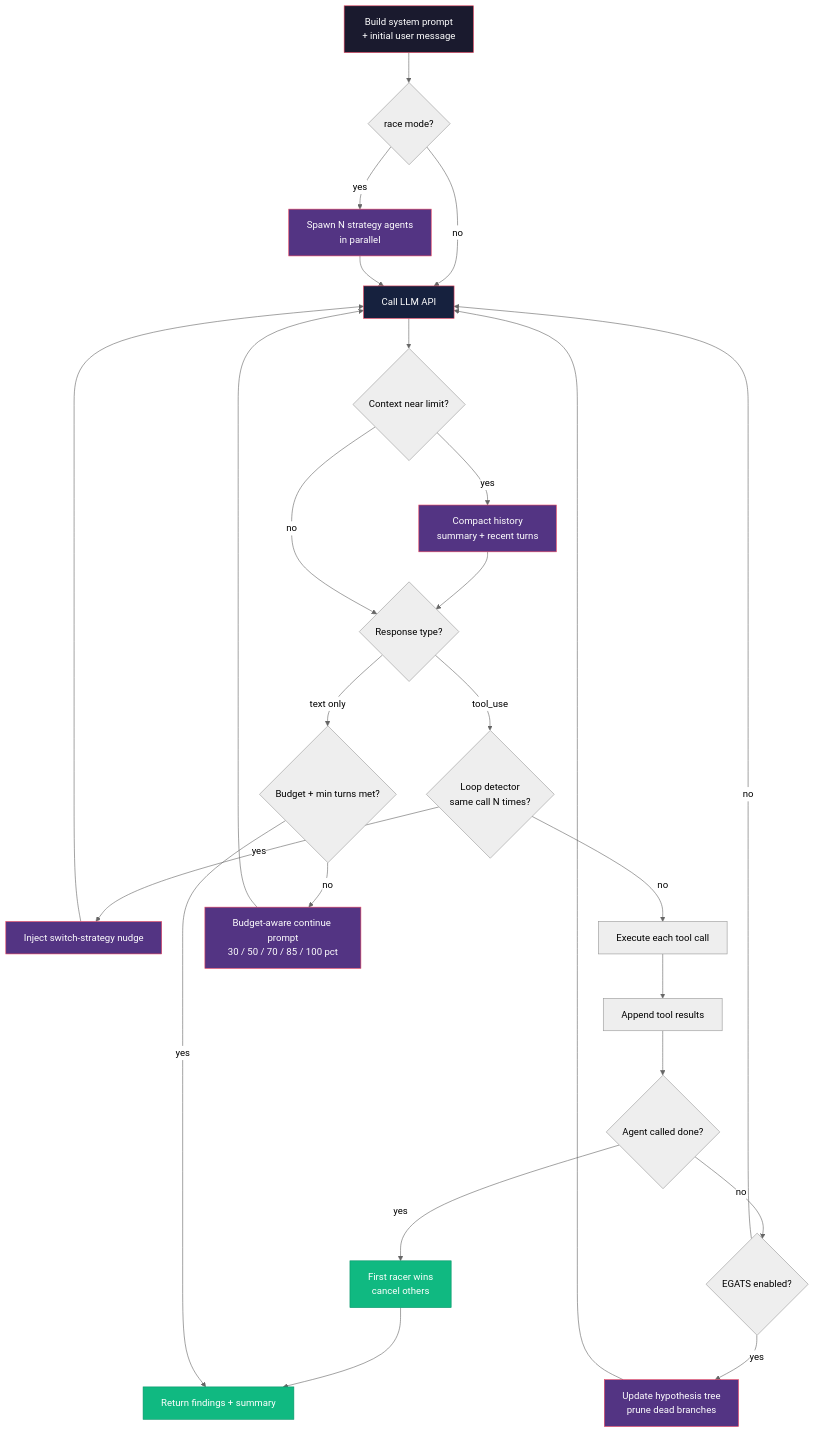
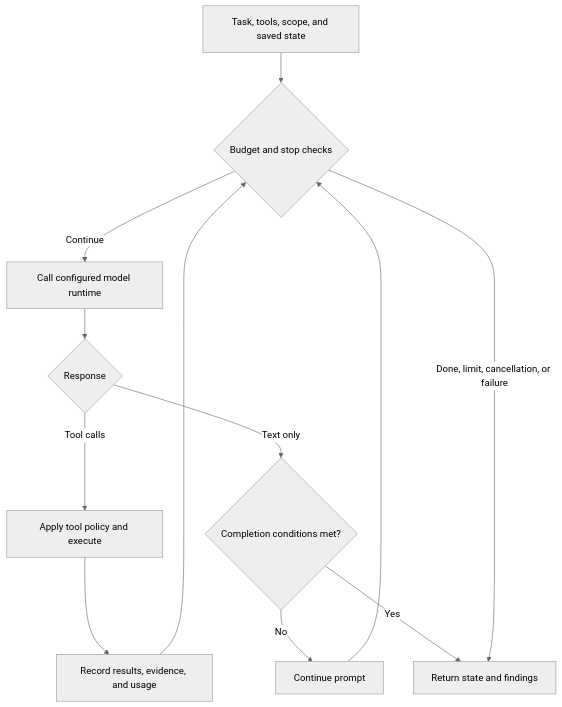
Before and after one commit to 0sec-labs/0sec: the diagram in docs/src/content/docs/agent-loop.md, drawn with Mermaid (neutral theme). The commit also changed other lines of this file and 38 other files, not shown here.

````diff
--- a/docs/src/content/docs/agent-loop.md
+++ b/docs/src/content/docs/agent-loop.md
@@ -16,37 +20,14 @@
 ```mermaid
 flowchart TD
-    A["Build system prompt\n+ initial user message"] --> RACE{"race mode?"}
-    RACE -->|yes| PAR["Spawn N strategy agents\nin parallel"]
-    RACE -->|no| B[Call LLM API]
-    PAR --> B
-    B --> CTX{Context near limit?}
-    CTX -->|yes| COMP["Compact history\nsummary + recent turns"]
-    COMP --> C{Response type?}
-    CTX -->|no| C
-    C -->|tool_use| LOOP{"Loop detector\nsame call N times?"}
-    LOOP -->|yes| NUDGE[Inject switch-strategy nudge]
-    NUDGE --> B
-    LOOP -->|no| D[Execute each tool call]
-    D --> E[Append tool results]
-    E --> F{Agent called done?}
-    F -->|no| EG{EGATS enabled?}
-    EG -->|yes| TREE["Update hypothesis tree\nprune dead branches"]
-    TREE --> B
-    EG -->|no| B
-    F -->|yes| W["First racer wins\ncancel others"]
-    W --> G[Return findings + summary]
-    C -->|text only| H{Budget + min turns met?}
-    H -->|yes| G
-    H -->|no| I["Budget-aware continue prompt\n30 / 50 / 70 / 85 / 100 pct"]
-    I --> B
-
-    style A fill:#1a1a2e,stroke:#e94560,color:#fff
-    style B fill:#16213e,stroke:#e94560,color:#fff
-    style COMP fill:#533483,stroke:#e94560,color:#fff
-    style NUDGE fill:#533483,stroke:#e94560,color:#fff
-    style TREE fill:#533483,stroke:#e94560,color:#fff
-    style PAR fill:#533483,stroke:#e94560,color:#fff
-    style I fill:#533483,stroke:#e94560,color:#fff
-    style G fill:#10b981,stroke:#059669,color:#fff
-    style W fill:#10b981,stroke:#059669,color:#fff
+    A["Task, tools, scope, and saved state"] --> B{"Budget and stop checks"}
+    B -->|Continue| C["Call configured model runtime"]
+    C --> D{"Response"}
+    D -->|Tool calls| E["Apply tool policy and execute"]
+    E --> F["Record results, evidence, and usage"]
+    F --> B
+    D -->|Text only| G{"Completion conditions met?"}
+    G -->|No| H["Continue prompt"]
+    H --> B
+    G -->|Yes| I["Return state and findings"]
+    B -->|Done, limit, cancellation, or failure| I
 ```
````
